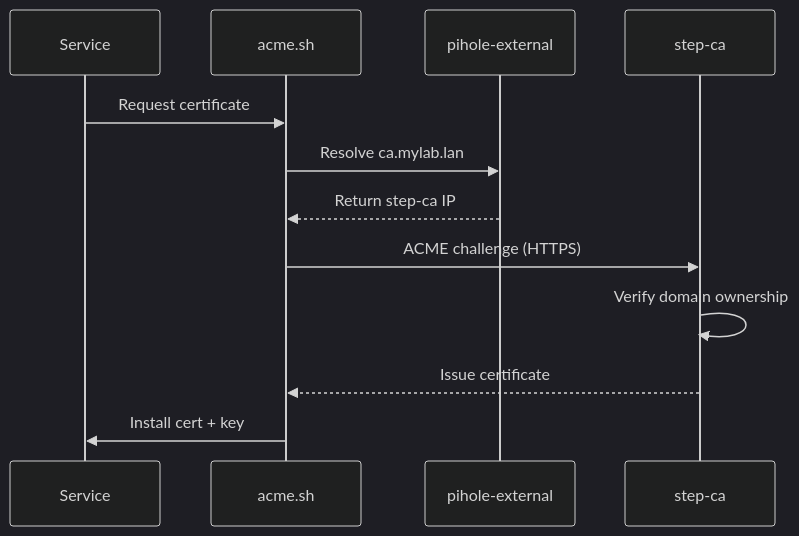
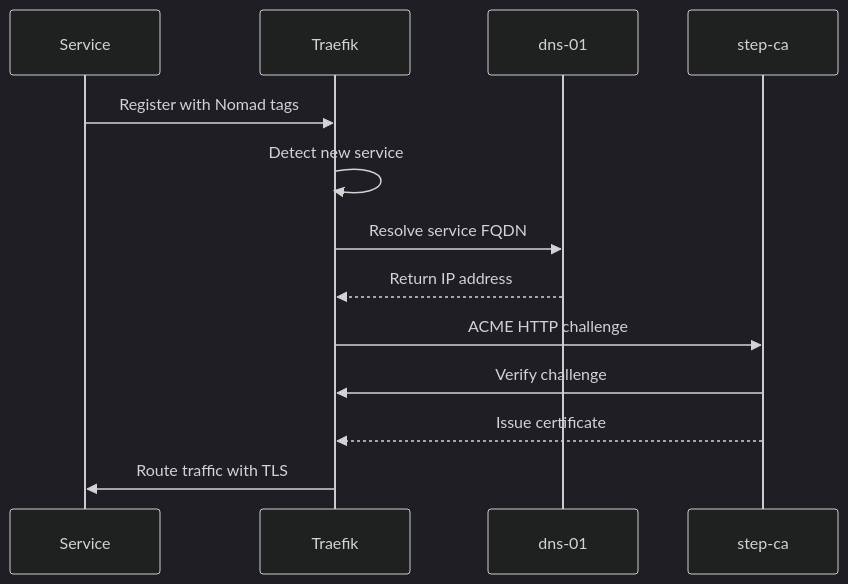
Before and after one commit to jknyght9/proxmox-lab: the eighth of 9 diagrams in docs/architecture/service-relationships.md, drawn with Mermaid (dark theme). The commit also changed other lines of this file and 21 other files, not shown here.

````diff
--- a/docs/architecture/service-relationships.md
+++ b/docs/architecture/service-relationships.md
@@ -196,15 +251,16 @@
 ```mermaid
 sequenceDiagram
     participant Service
-    participant ACME as acme.sh
-    participant DNS as pihole-external
+    participant Traefik
+    participant DNS as dns-01
     participant CA as step-ca
 
-    Service->>ACME: Request certificate
-    ACME->>DNS: Resolve ca.mylab.lan
-    DNS-->>ACME: Return step-ca IP
-    ACME->>CA: ACME challenge (HTTPS)
-    CA->>CA: Verify domain ownership
-    CA-->>ACME: Issue certificate
-    ACME->>Service: Install cert + key
+    Service->>Traefik: Register with Nomad tags
+    Traefik->>Traefik: Detect new service
+    Traefik->>DNS: Resolve service FQDN
+    DNS-->>Traefik: Return IP address
+    Traefik->>CA: ACME HTTP challenge
+    CA->>Traefik: Verify challenge
+    CA-->>Traefik: Issue certificate
+    Traefik->>Service: Route traffic with TLS
 ```
````
